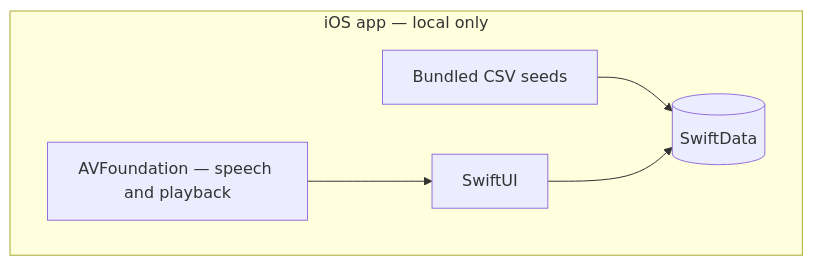
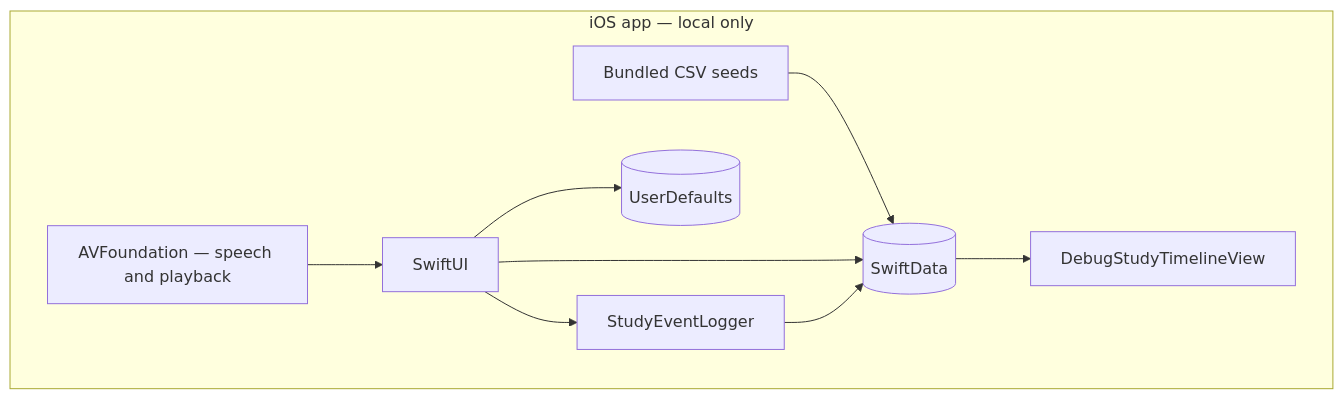
Before and after one commit to GroovyGG/motifly: the first of 2 diagrams in README.md, drawn with Mermaid. The commit also changed other lines of this file and 1 other file, not shown here.

Commit message:
docs(readme): tighten local schema wording and architecture diagram
Clarify local timeline constraints and context payload shape, and minimally extend the current architecture Mermaid diagram to include UserDefaults, StudyEventLogger, and debug timeline flow.

Made-with: Cursor

````diff
--- a/README.md
+++ b/README.md
@@ -52,12 +55,19 @@
 ```mermaid
 flowchart TB
   subgraph ios [iOS app — local only]
     UI[SwiftUI]
     SD[(SwiftData)]
+    UD[(UserDefaults)]
     Seed[Bundled CSV seeds]
     AV[AVFoundation — speech and playback]
+    Logger[StudyEventLogger]
+    DebugUI[DebugStudyTimelineView]
   end
   Seed --> SD
   UI --> SD
+  UI --> UD
+  UI --> Logger
+  Logger --> SD
+  SD --> DebugUI
   AV --> UI
 ```
````
